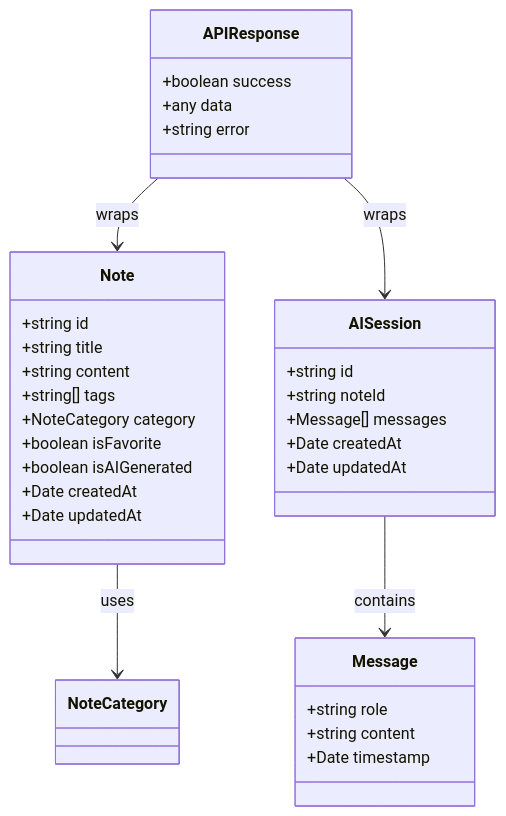
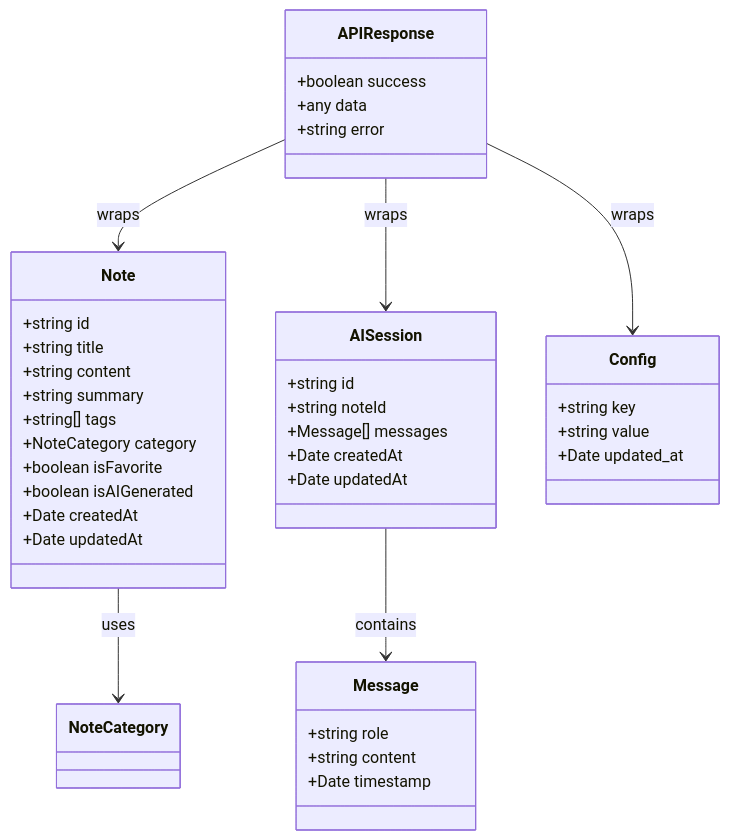
The second of 5 diagrams in .qoder/repowiki/zh/content/API接口文档/API接口文档.md (acproject/tomato_notebook), drawn with Mermaid before and after one commit. The commit also changed other lines of this file and 14 other files, not shown here.

````diff
--- a/.qoder/repowiki/zh/content/API接口文档/API接口文档.md
+++ b/.qoder/repowiki/zh/content/API接口文档/API接口文档.md
@@ -91,35 +105,42 @@
 ```mermaid
 classDiagram
 class Note {
 +string id
 +string title
 +string content
++string summary
 +string[] tags
 +NoteCategory category
 +boolean isFavorite
 +boolean isAIGenerated
 +Date createdAt
 +Date updatedAt
 }
 class Message {
 +string role
 +string content
 +Date timestamp
 }
 class AISession {
 +string id
 +string noteId
 +Message[] messages
 +Date createdAt
 +Date updatedAt
 }
 class APIResponse {
 +boolean success
 +any data
 +string error
 }
+class Config {
++string key
++string value
++Date updated_at
+}
 Note --> NoteCategory : uses
 AISession --> Message : contains
 APIResponse --> Note : wraps
 APIResponse --> AISession : wraps
+APIResponse --> Config : wraps
 ```
````
